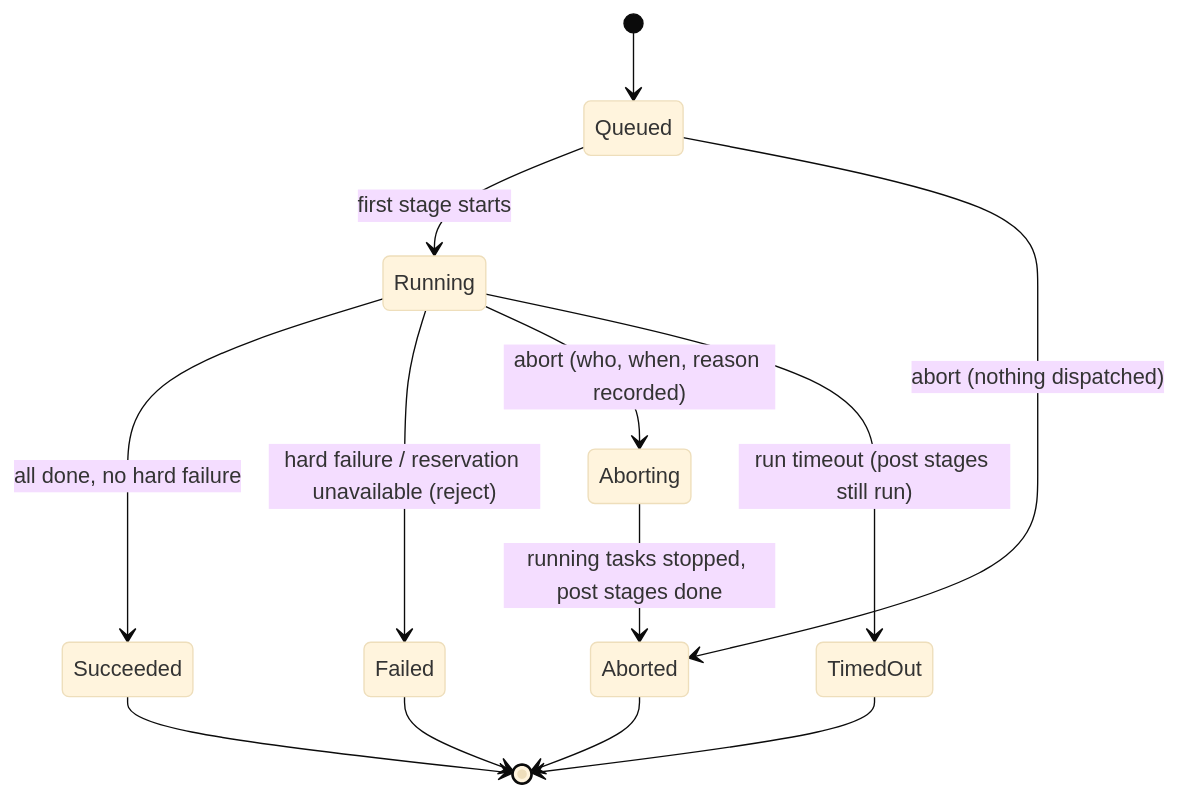
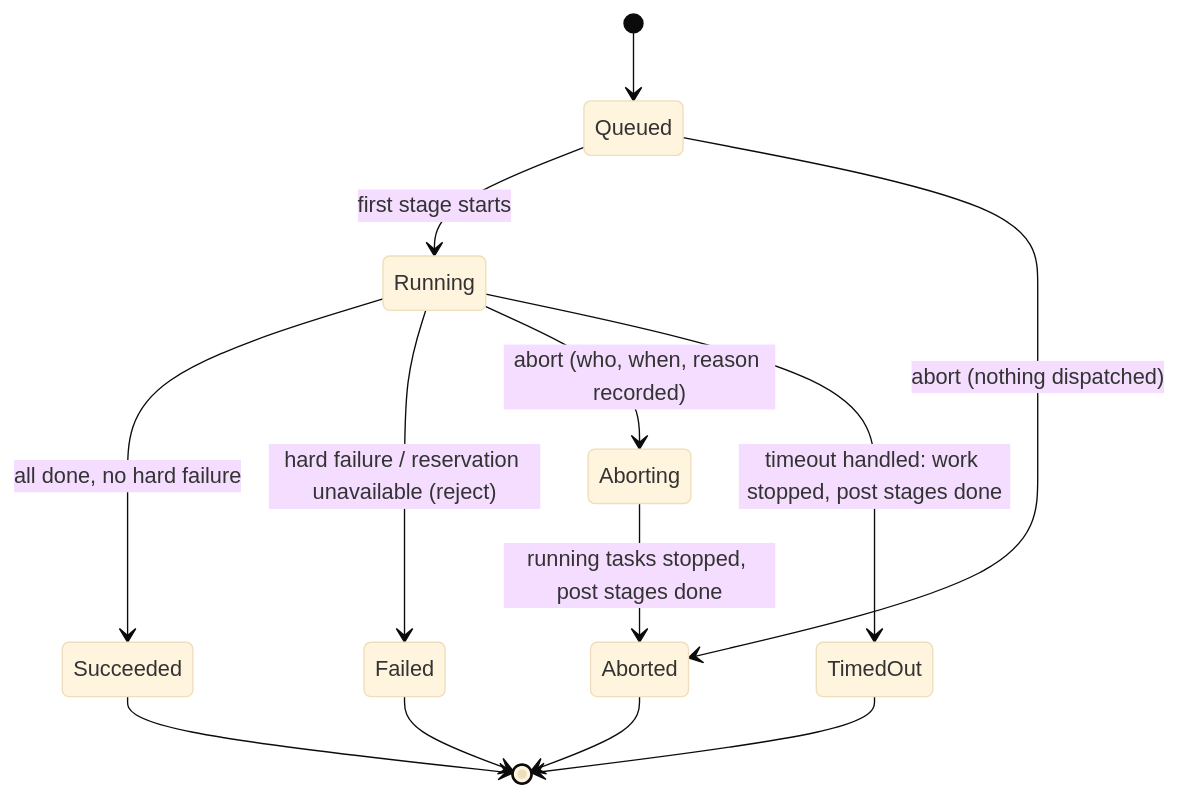
One commit to sonapraneeth-akula-dev/workflow-scheduler changed the third of 10 diagrams in docs/plans/2026-10-13_workflow-scheduler_technical-design.md. Above: the diagram before and after it, drawn with Mermaid (base theme). The commit also changed other lines of this file and 17 other files, not shown here.

````diff
--- a/docs/plans/2026-10-13_workflow-scheduler_technical-design.md
+++ b/docs/plans/2026-10-13_workflow-scheduler_technical-design.md
@@ -243,15 +256,15 @@
 ```mermaid
 stateDiagram-v2
   [*] --> Queued
   Queued --> Running: first stage starts
   Queued --> Aborted: abort (nothing dispatched)
   Running --> Succeeded: all done, no hard failure
   Running --> Failed: hard failure / reservation unavailable (reject)
   Running --> Aborting: abort (who, when, reason recorded)
   Aborting --> Aborted: running tasks stopped, post stages done
-  Running --> TimedOut: run timeout (post stages still run)
+  Running --> TimedOut: timeout handled: work stopped, post stages done
   Succeeded --> [*]
   Failed --> [*]
   Aborted --> [*]
   TimedOut --> [*]
 ```
````
